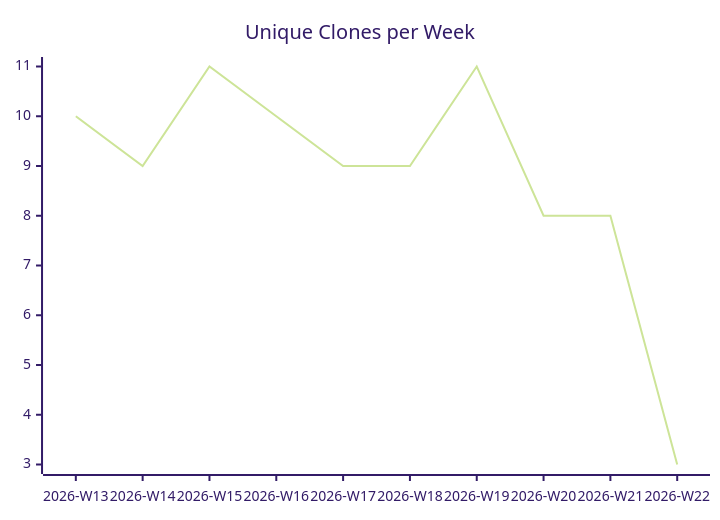
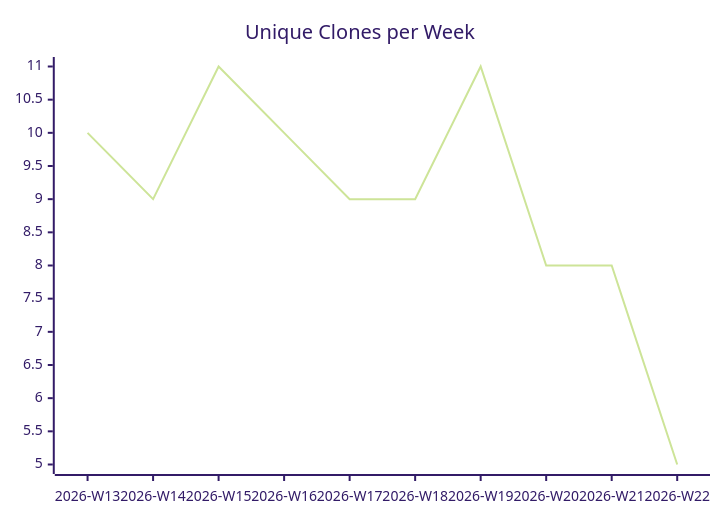
The third of 3 diagrams in karlmdavis/usgs-water-api-java/README.md (justdavis-family/github-analytics-data), drawn with Mermaid (forest theme) before and after one commit. The commit also changed other lines of this file and 191 other files, not shown here.

````diff
--- a/karlmdavis/usgs-water-api-java/README.md
+++ b/karlmdavis/usgs-water-api-java/README.md
@@ -19,6 +19,6 @@
 ```mermaid
 xychart-beta
   title "Unique Clones per Week"
   x-axis ["2026-W13", "2026-W14", "2026-W15", "2026-W16", "2026-W17", "2026-W18", "2026-W19", "2026-W20", "2026-W21", "2026-W22"]
-  line [10, 9, 11, 10, 9, 9, 11, 8, 8, 3]
+  line [10, 9, 11, 10, 9, 9, 11, 8, 8, 5]
 ```
````
